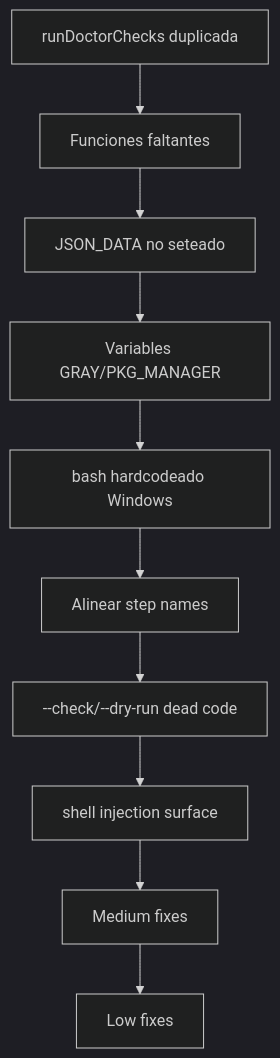
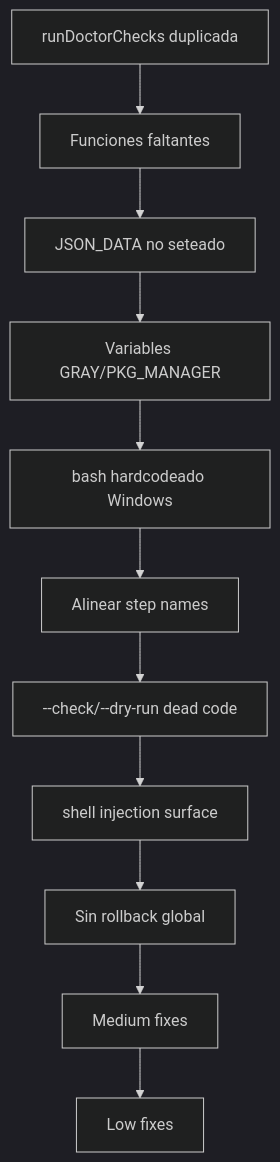
One commit to orlinefoster/lara-diaries changed the diagram in tareas-pendientes.md. Above: the diagram before and after it, drawn with Mermaid (dark theme). The commit also changed other lines of this file, not shown here.

Commit message:
docs: add H4 (rollback global) and M9 (doctor self-check) to tareas-pendientes.md

````diff
--- a/tareas-pendientes.md
+++ b/tareas-pendientes.md
@@ -310,12 +362,13 @@
 ```mermaid
 graph TD
     C1[runDoctorChecks duplicada] --> C2[Funciones faltantes]
     C2 --> C3[JSON_DATA no seteado]
     C3 --> C4[Variables GRAY/PKG_MANAGER]
     C4 --> C5[bash hardcodeado Windows]
     C5 --> H1[Alinear step names]
     H1 --> H2[--check/--dry-run dead code]
     H2 --> H3[shell injection surface]
-    H3 --> M1-M8[Medium fixes]
-    M1-M8 --> L1-L4[Low fixes]
+    H3 --> H4[Sin rollback global]
+    H4 --> M1-M9[Medium fixes]
+    M1-M9 --> L1-L4[Low fixes]
 ```
````
